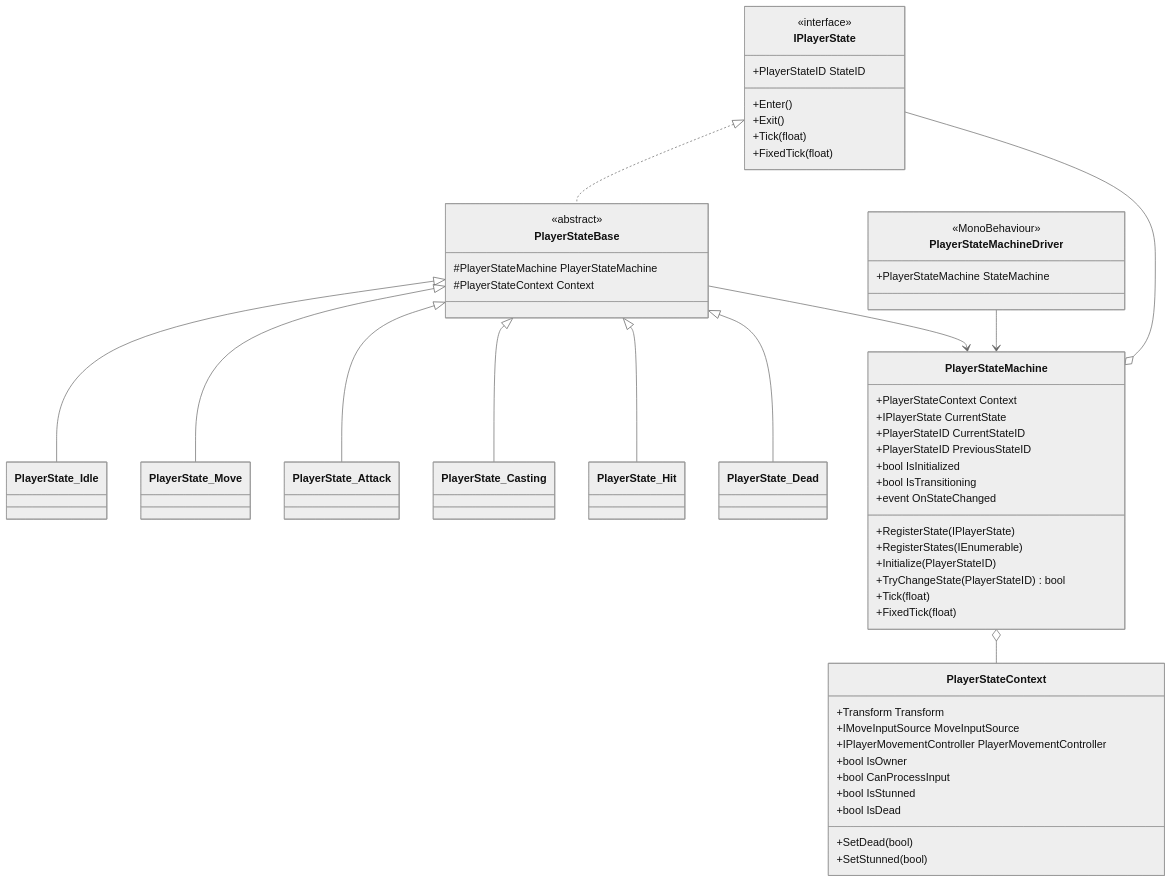
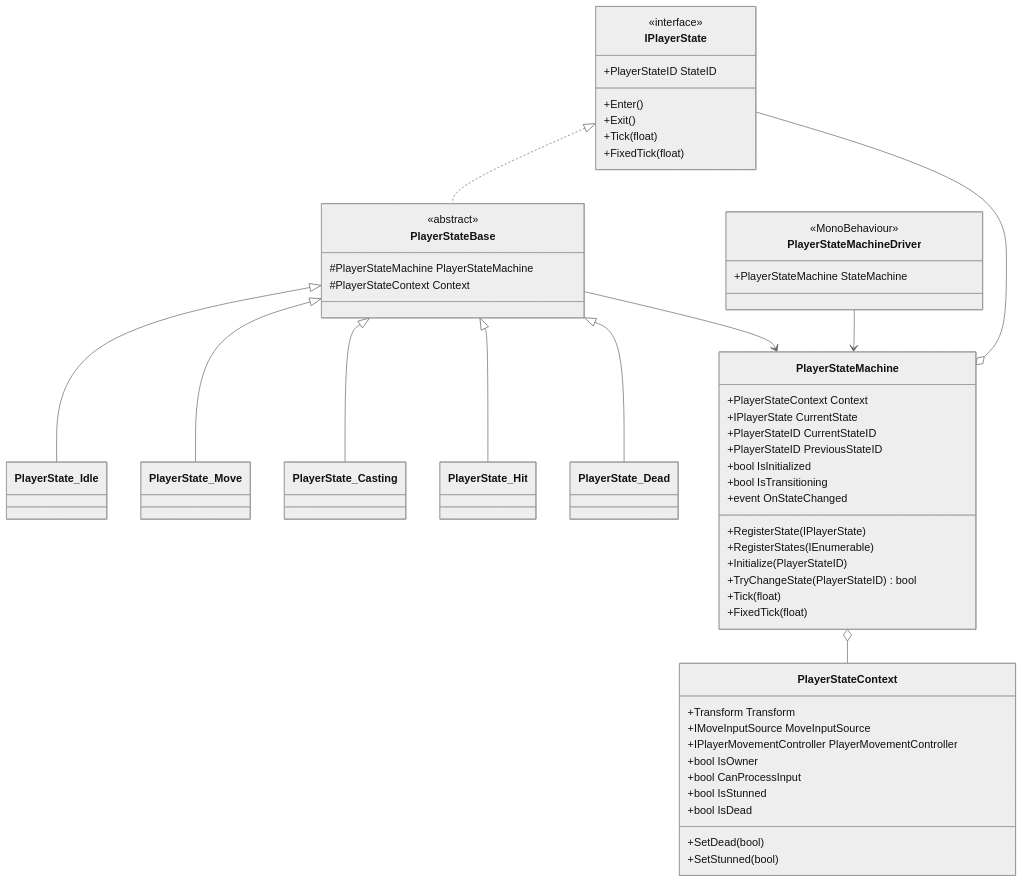
Before and after one commit to hanwoolhanwool/Idle-Game: the first of 3 diagrams in docs/specs/player/state-machine.md, drawn with Mermaid (neutral theme). The commit also changed other lines of this file and 3 other files, not shown here.

````diff
--- a/docs/specs/player/state-machine.md
+++ b/docs/specs/player/state-machine.md
@@ -43,58 +43,57 @@
 ```mermaid
 classDiagram
     class IPlayerState {
         <<interface>>
         +PlayerStateID StateID
         +Enter()
         +Exit()
         +Tick(float)
         +FixedTick(float)
     }
     class PlayerStateMachine {
         +PlayerStateContext Context
         +IPlayerState CurrentState
         +PlayerStateID CurrentStateID
         +PlayerStateID PreviousStateID
         +bool IsInitialized
         +bool IsTransitioning
         +event OnStateChanged
         +RegisterState(IPlayerState)
         +RegisterStates(IEnumerable)
         +Initialize(PlayerStateID)
         +TryChangeState(PlayerStateID) bool
         +Tick(float)
         +FixedTick(float)
     }
     class PlayerStateContext {
         +Transform Transform
         +IMoveInputSource MoveInputSource
         +IPlayerMovementController PlayerMovementController
         +bool IsOwner
         +bool CanProcessInput
         +bool IsStunned
         +bool IsDead
         +SetDead(bool)
         +SetStunned(bool)
     }
     class PlayerStateBase {
         <<abstract>>
         #PlayerStateMachine PlayerStateMachine
         #PlayerStateContext Context
     }
     class PlayerStateMachineDriver {
         <<MonoBehaviour>>
         +PlayerStateMachine StateMachine
     }
 
     IPlayerState <|.. PlayerStateBase
     PlayerStateBase <|-- PlayerState_Idle
     PlayerStateBase <|-- PlayerState_Move
-    PlayerStateBase <|-- PlayerState_Attack
     PlayerStateBase <|-- PlayerState_Casting
     PlayerStateBase <|-- PlayerState_Hit
     PlayerStateBase <|-- PlayerState_Dead
     PlayerStateMachine o-- PlayerStateContext
     PlayerStateMachine o-- IPlayerState
     PlayerStateBase --> PlayerStateMachine
     PlayerStateMachineDriver --> PlayerStateMachine
 ```
````
